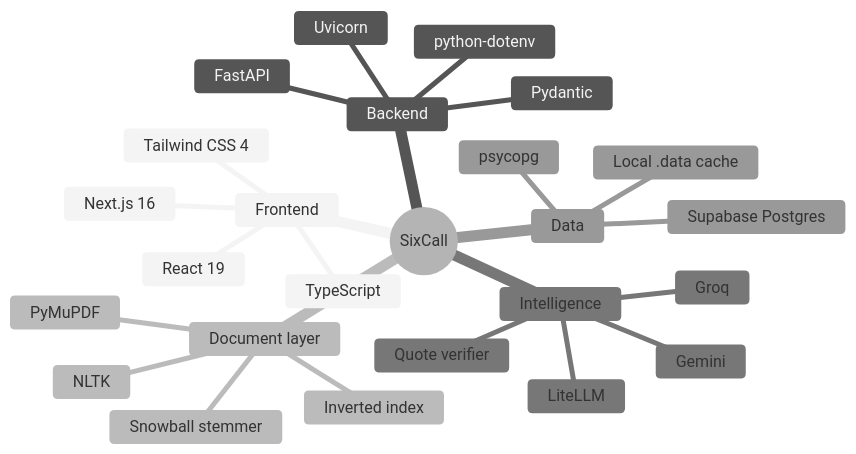
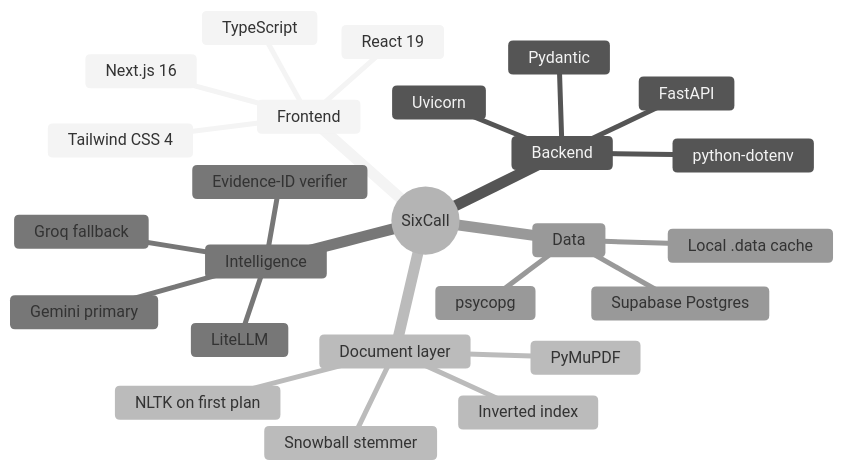
One commit to riyaz-ahamed-07/SixCall changed the second of 9 diagrams in README.md. Above: the diagram before and after it, drawn with Mermaid (neutral theme). The commit also changed other lines of this file and 22 other files, not shown here.

````diff
--- a/README.md
+++ b/README.md
@@ -86,28 +86,28 @@
 ```mermaid
 mindmap
   root((SixCall))
     Frontend
       Next.js 16
       React 19
       TypeScript
       Tailwind CSS 4
     Backend
       FastAPI
       Uvicorn
       Pydantic
       python-dotenv
     Document layer
       PyMuPDF
       Snowball stemmer
-      NLTK
+      NLTK on first plan
       Inverted index
     Intelligence
       LiteLLM
-      Groq
-      Gemini
-      Quote verifier
+      Gemini primary
+      Groq fallback
+      Evidence-ID verifier
     Data
       Supabase Postgres
       psycopg
       Local .data cache
 ```
````
